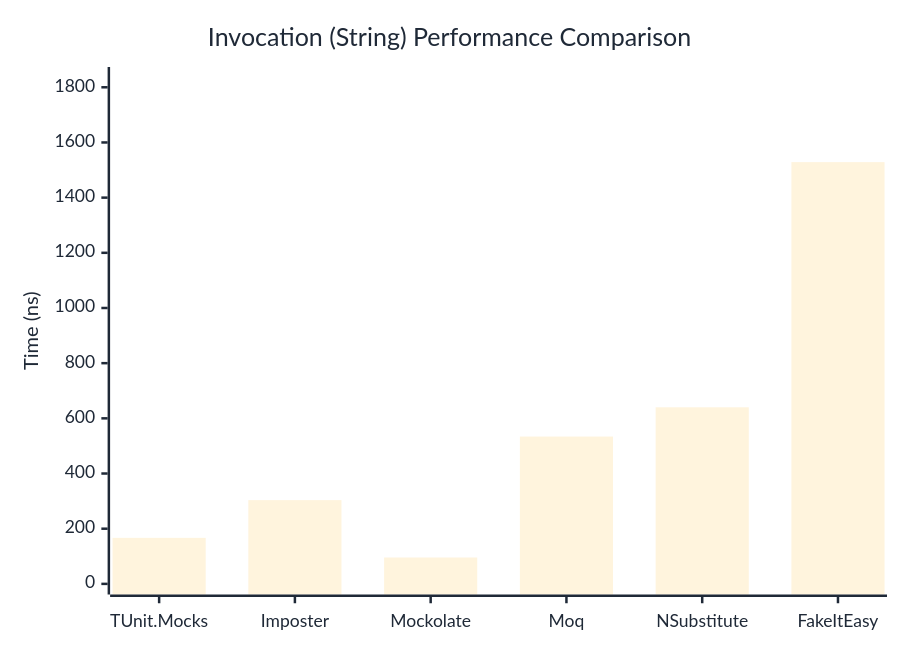
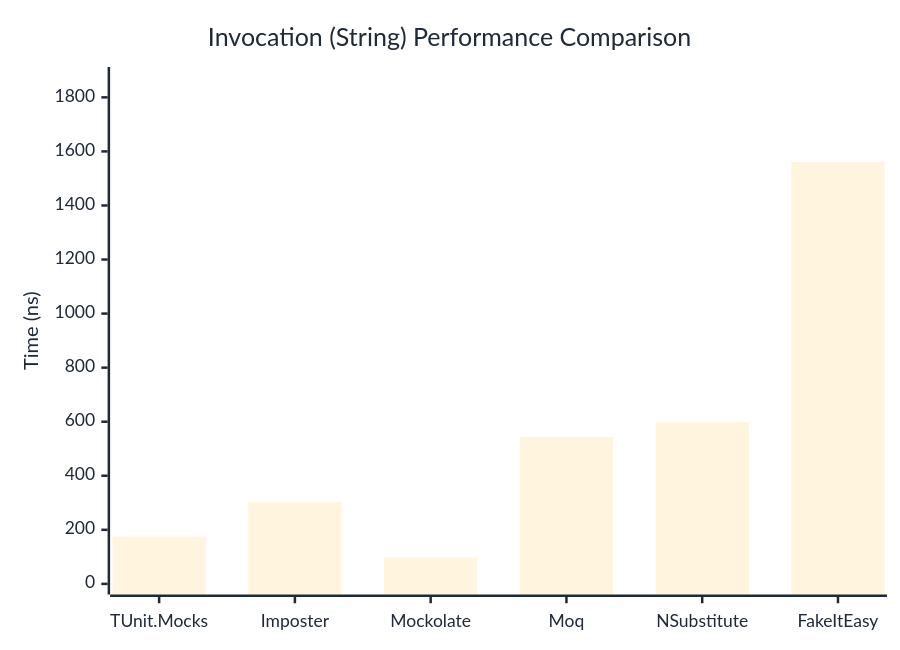
One commit to thomhurst/TUnit changed the second of 3 diagrams in docs/docs/benchmarks/mocks/Invocation.md. Above: the diagram before and after it, drawn with Mermaid. The commit also changed other lines of this file and 14 other files, not shown here.

````diff
--- a/docs/docs/benchmarks/mocks/Invocation.md
+++ b/docs/docs/benchmarks/mocks/Invocation.md
@@ -71,27 +71,27 @@
 ```mermaid
 %%{init: {
   'theme':'base',
   'themeVariables': {
     'primaryColor': '#2563eb',
     'primaryTextColor': '#1f2937',
     'primaryBorderColor': '#1e40af',
     'lineColor': '#6b7280',
     'secondaryColor': '#7c3aed',
     'tertiaryColor': '#dc2626',
     'background': '#ffffff',
     'pie1': '#2563eb',
     'pie2': '#7c3aed',
     'pie3': '#dc2626',
     'pie4': '#f59e0b',
     'pie5': '#10b981',
     'pie6': '#06b6d4',
     'pie7': '#ec4899',
     'pie8': '#6366f1'
   }
 }}%%
 xychart-beta
   title "Invocation (String) Performance Comparison"
   x-axis ["TUnit.Mocks", "Imposter", "Mockolate", "Moq", "NSubstitute", "FakeItEasy"]
-  y-axis "Time (ns)" 0 --> 1835
-  bar [166.8, 303.54, 95.62, 533.94, 640.03, 1528.67]
+  y-axis "Time (ns)" 0 --> 1873
+  bar [174.93, 302.2, 97.57, 543.42, 598.2, 1560.51]
 ```
````
